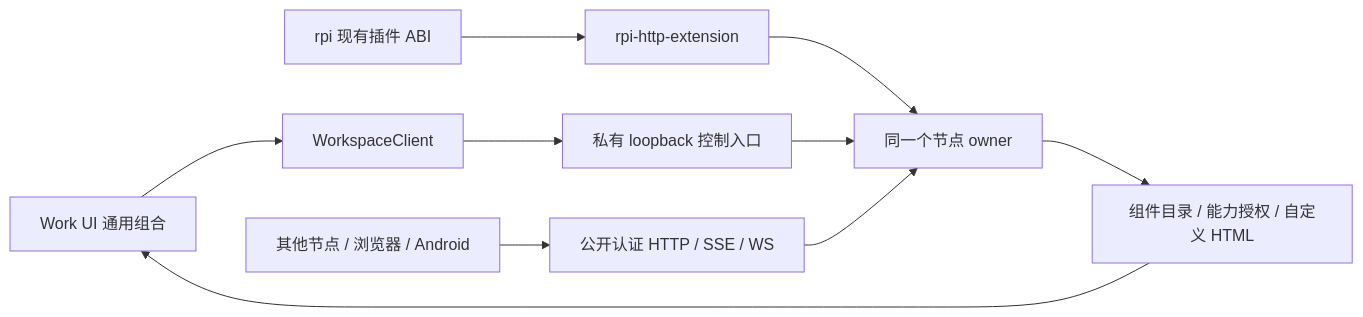
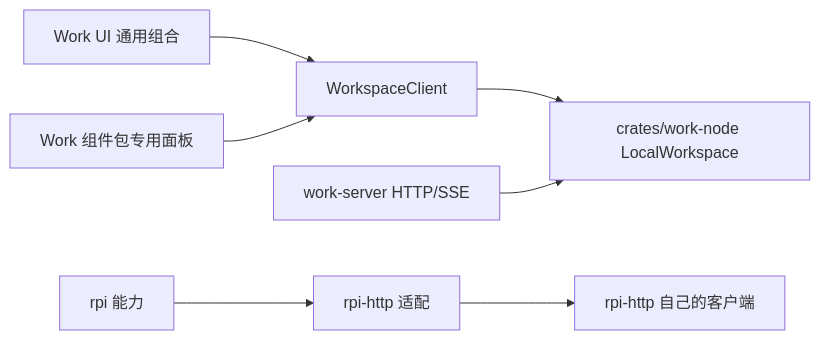
Before and after one commit to pi-rust/rpi-work: the diagram in docs/architecture/component-composition.md, drawn with Mermaid. The commit also changed other lines of this file and 189 other files, not shown here.

Commit message:
refactor: keep Work node ownership local and isolate HTTP adapters

````diff
--- a/docs/architecture/component-composition.md
+++ b/docs/architecture/component-composition.md
@@ -7,12 +20,9 @@
 ```mermaid
 flowchart LR
   Work[Work UI 通用组合] --> Client[WorkspaceClient]
-  Client --> Private[私有 loopback 控制入口]
-  Remote[其他节点 / 浏览器 / Android] --> HTTP[公开认证 HTTP / SSE / WS]
-  Rpi[rpi 现有插件 ABI] --> Ext[rpi-http-extension]
-  Ext --> Owner[同一个节点 owner]
-  Private --> Owner
-  HTTP --> Owner
-  Owner --> Packages[组件目录 / 能力授权 / 自定义 HTML]
-  Packages --> Work
+  Client --> Owner[crates/work-node LocalWorkspace]
+  HTTP[work-server HTTP/SSE] --> Owner
+  Panel[Work 组件包专用面板] --> Client
+  Rpi[rpi 能力] --> RpiHttp[rpi-http 适配]
+  RpiHttp --> RpiClients[rpi-http 自己的客户端]
 ```
````
